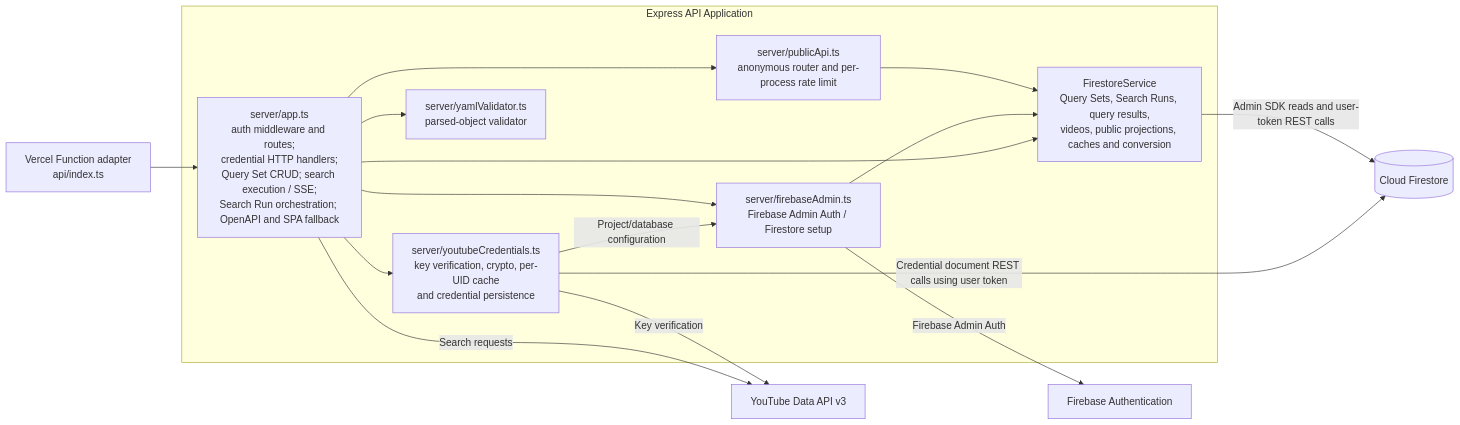
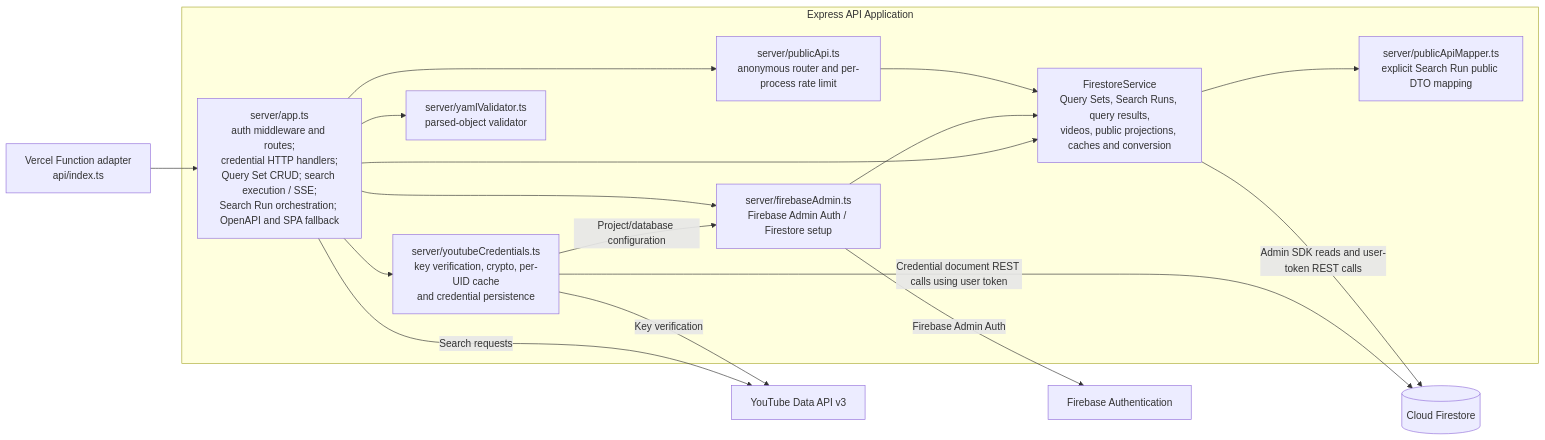
Before and after one commit to ochowei/querytube: the third of 3 diagrams in docs/architecture/software-view.md, drawn with Mermaid. The commit also changed other lines of this file and 19 other files, not shown here.

Commit message:
Stabilize Public Search Run API v1 contract

````diff
--- a/docs/architecture/software-view.md
+++ b/docs/architecture/software-view.md
@@ -61,31 +61,33 @@
 ```mermaid
 flowchart LR
   FunctionEntry[Vercel Function adapter<br/>api/index.ts]
   subgraph Express[Express API Application]
     App[server/app.ts<br/>auth middleware and routes;<br/>credential HTTP handlers;<br/>Query Set CRUD; search execution / SSE;<br/>Search Run orchestration; OpenAPI and SPA fallback]
     Credentials[server/youtubeCredentials.ts<br/>key verification, crypto, per-UID cache<br/>and credential persistence]
     Validator[server/yamlValidator.ts<br/>parsed-object validator]
     Public[server/publicApi.ts<br/>anonymous router and per-process rate limit]
+    Projection[server/publicApiMapper.ts<br/>explicit Search Run public DTO mapping]
     Store[FirestoreService<br/>Query Sets, Search Runs, query results,<br/>videos, public projections, caches and conversion]
     Admin[server/firebaseAdmin.ts<br/>Firebase Admin Auth / Firestore setup]
   end
 
   FirebaseAuth[Firebase Authentication]
   Firestore[(Cloud Firestore)]
   YouTube[YouTube Data API v3]
 
   FunctionEntry --> App
   App --> Credentials
   Credentials -->|Project/database configuration| Admin
   App --> Validator
   App --> Public
   App --> Store
   App --> Admin
   Admin --> Store
   Public --> Store
+  Store --> Projection
   Admin -->|Firebase Admin Auth| FirebaseAuth
   App -->|Search requests| YouTube
   Credentials -->|Key verification| YouTube
   Credentials -->|Credential document REST calls using user token| Firestore
   Store -->|Admin SDK reads and user-token REST calls| Firestore
 ```
````
